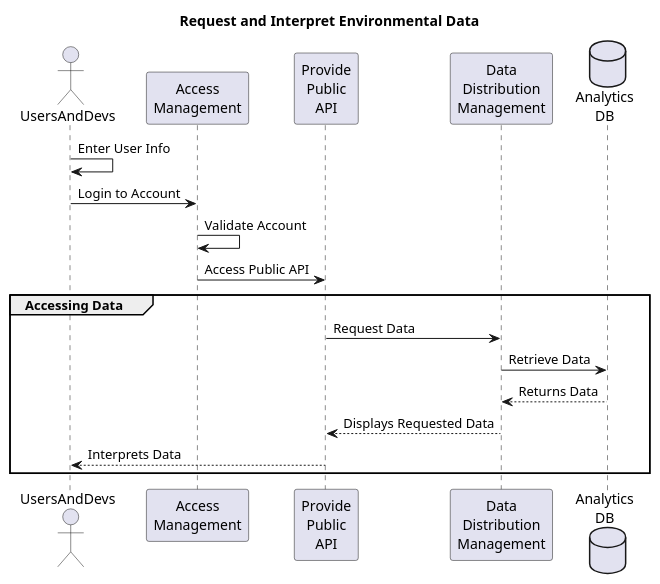
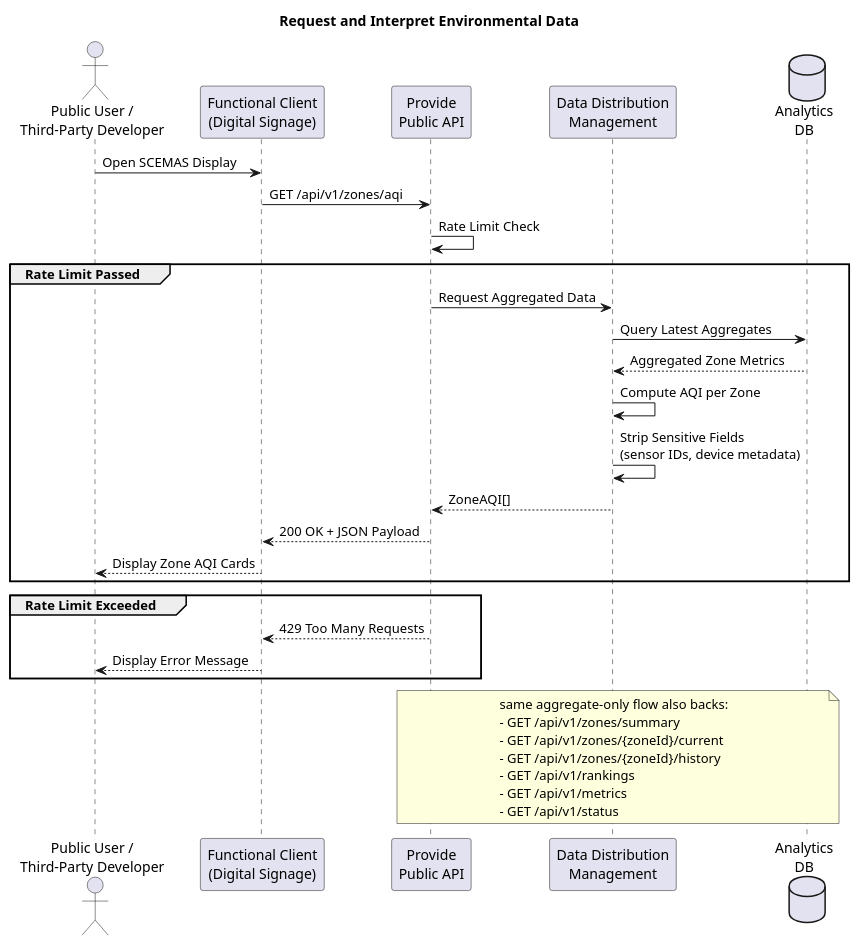
The diagram in diagrams/sequence/request_interpret_data.puml (tridibbanik17/SCEMAS_UML_Diagrams), drawn with PlantUML before and after one commit. The commit also changed 11 other files, not shown here.

First line of the commit message:
feat: sync diagrams with implemented architecture (#2)

```diff
--- a/diagrams/sequence/request_interpret_data.puml
+++ b/diagrams/sequence/request_interpret_data.puml
@@ -1,23 +1,40 @@
 @startuml
 title Request and Interpret Environmental Data
 
-actor UsersAndDevs
-participant "Access\nManagement" as AMC
-participant "Provide\nPublic\nAPI" as PPA
-participant "Data\nDistribution\nManagement" as DDM
+actor "Public User /\nThird-Party Developer" as Client
+participant "Functional Client\n(Digital Signage)" as FC
+participant "Provide\nPublic API" as API
+participant "Data Distribution\nManagement" as DDM
 database "Analytics\nDB" as DB
 
-UsersAndDevs -> UsersAndDevs : Enter User Info
-UsersAndDevs -> AMC: Login to Account
-AMC -> AMC : Validate Account
-AMC -> PPA: Access Public API
+Client -> FC : Open SCEMAS Display
+FC -> API : GET /api/v1/zones/aqi
+API -> API : Rate Limit Check
 
-group Accessing Data
-    PPA -> DDM : Request Data
-    DDM -> DB : Retrieve Data
-    DB --> DDM : Returns Data
-    DDM --> PPA : Displays Requested Data
-    PPA --> UsersAndDevs : Interprets Data
+group Rate Limit Passed
+    API -> DDM : Request Aggregated Data
+    DDM -> DB : Query Latest Aggregates
+    DB --> DDM : Aggregated Zone Metrics
+    DDM -> DDM : Compute AQI per Zone
+    DDM -> DDM : Strip Sensitive Fields\n(sensor IDs, device metadata)
+    DDM --> API : ZoneAQI[]
+    API --> FC : 200 OK + JSON Payload
+    FC --> Client : Display Zone AQI Cards
 end
 
+group Rate Limit Exceeded
+    API --> FC : 429 Too Many Requests
+    FC --> Client : Display Error Message
+end
+
+note over API,DB
+  same aggregate-only flow also backs:
+  - GET /api/v1/zones/summary
+  - GET /api/v1/zones/{zoneId}/current
+  - GET /api/v1/zones/{zoneId}/history
+  - GET /api/v1/rankings
+  - GET /api/v1/metrics
+  - GET /api/v1/status
+end note
+
 @enduml
```
